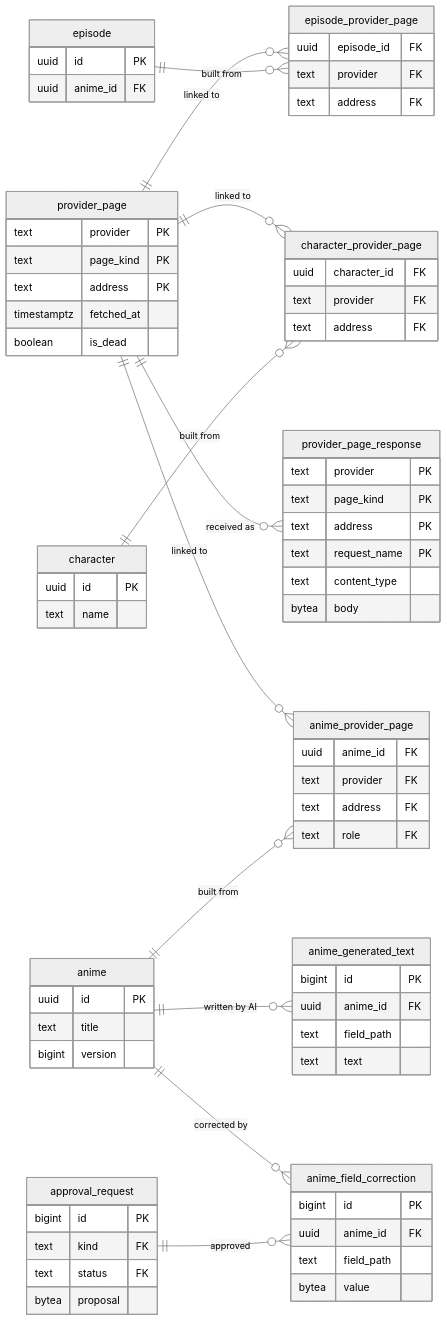
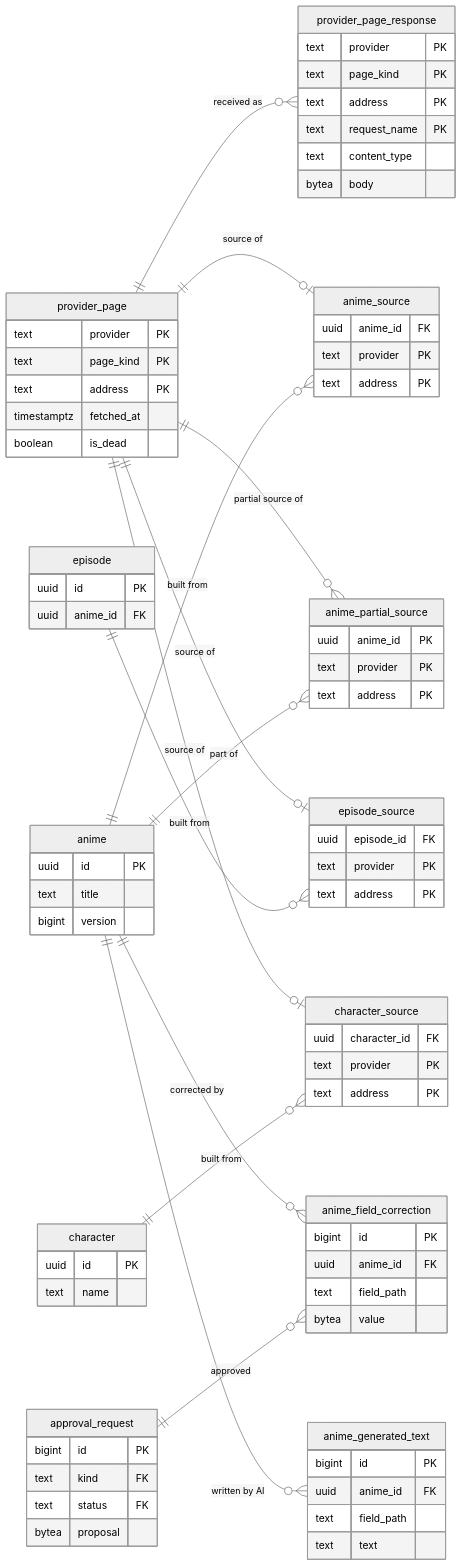
Before and after one commit to adnanaq/echora: the first of 8 diagrams in docs/architecture/Database Schema.md, drawn with Mermaid (neutral theme). The commit also changed other lines of this file and 4 other files, not shown here.

```diff
--- a/docs/architecture/Database Schema.md
+++ b/docs/architecture/Database Schema.md
@@ -49,12 +50,14 @@
 erDiagram
   direction LR
   provider_page ||--o{ provider_page_response : "received as"
-  provider_page ||--o{ anime_provider_page : "linked to"
-  provider_page ||--o{ episode_provider_page : "linked to"
-  provider_page ||--o{ character_provider_page : "linked to"
-  anime ||--o{ anime_provider_page : "built from"
-  episode ||--o{ episode_provider_page : "built from"
-  character ||--o{ character_provider_page : "built from"
+  provider_page ||--o| anime_source : "source of"
+  provider_page ||--o{ anime_partial_source : "partial source of"
+  provider_page ||--o| episode_source : "source of"
+  provider_page ||--o| character_source : "source of"
+  anime ||--o{ anime_source : "built from"
+  anime ||--o{ anime_partial_source : "part of"
+  episode ||--o{ episode_source : "built from"
+  character ||--o{ character_source : "built from"
   anime ||--o{ anime_field_correction : "corrected by"
   anime ||--o{ anime_generated_text : "written by AI"
   approval_request ||--o{ anime_field_correction : "approved"
@@ -74,21 +77,25 @@
     text content_type
     bytea body
   }
-  anime_provider_page {
+  anime_source {
     uuid anime_id FK
-    text provider FK
-    text address FK
-    text role FK
+    text provider PK
+    text address PK
   }
-  episode_provider_page {
+  anime_partial_source {
+    uuid anime_id PK
+    text provider PK
+    text address PK
+  }
+  episode_source {
     uuid episode_id FK
-    text provider FK
-    text address FK
+    text provider PK
+    text address PK
   }
-  character_provider_page {
+  character_source {
     uuid character_id FK
-    text provider FK
-    text address FK
+    text provider PK
+    text address PK
   }
   anime {
     uuid id PK
```
